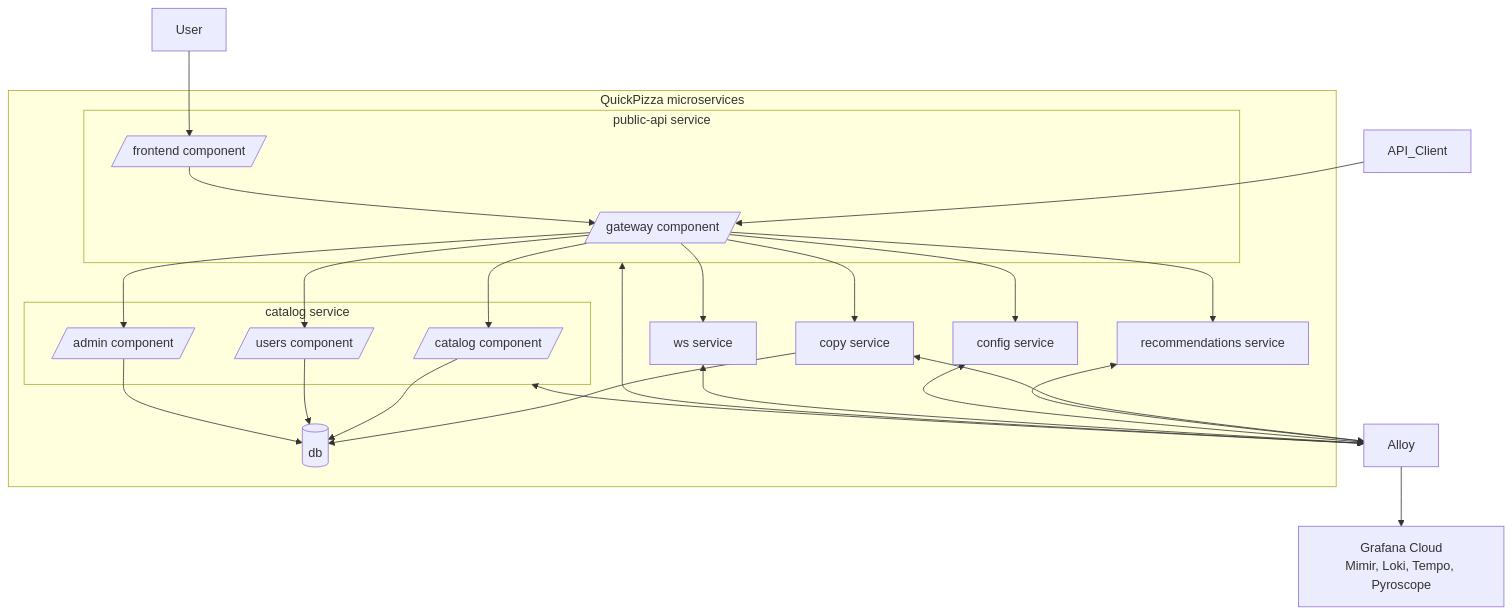
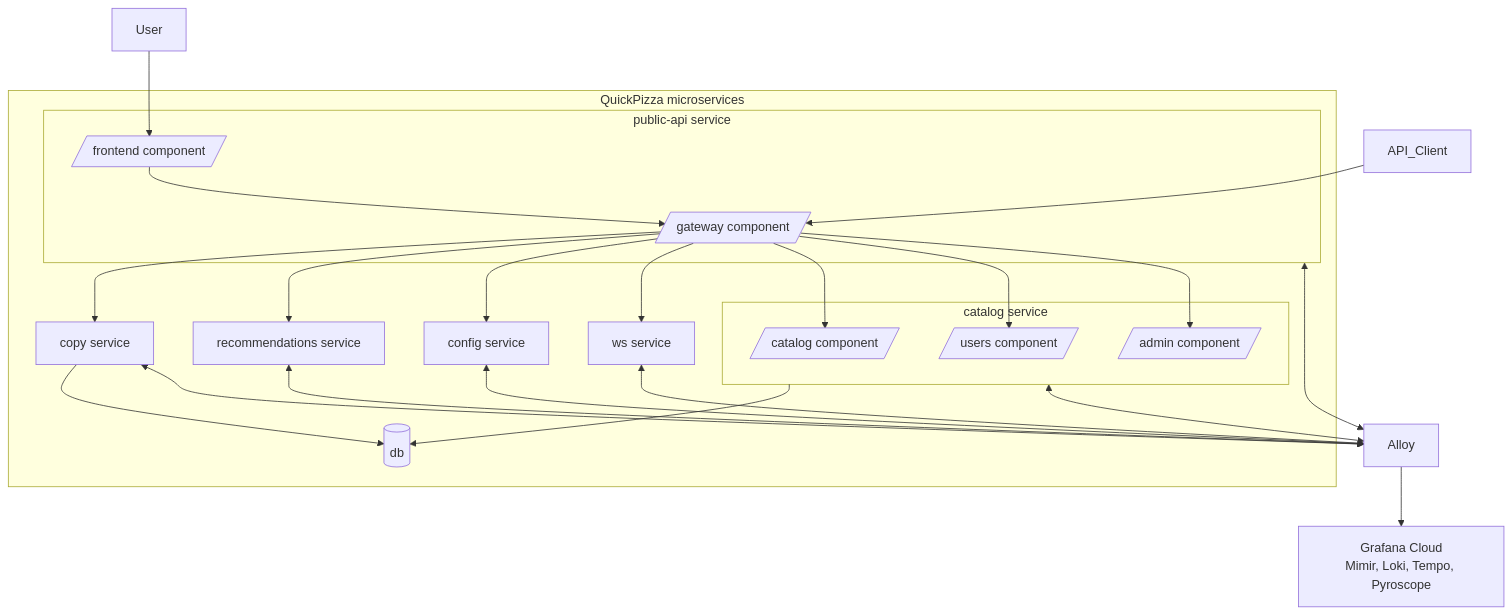
Before and after one commit to grafana/quickpizza: the diagram in README.md, drawn with Mermaid.

Commit message:
Update microservice diagram in README.md

````diff
--- a/README.md
+++ b/README.md
@@ -199,51 +199,48 @@
 ```mermaid
 graph TB
   subgraph "QuickPizza microservices"
     
    subgraph public-api-svc [public-api service]
       API[/gateway component/]
       FR[/frontend component/]
     end
 
     copy-svc[copy service]
     rec-svc[recommendations service]
     cfg-svc[config service]
     ws-svc[ws service]
 
     subgraph catalog-svc [catalog service]
       CA[/catalog component/]
       US[/users component/]
       AD[/admin component/]
     end
     
     DB[(db)]
   end
   GA[Alloy]
   GC[Grafana Cloud<br/>Mimir, Loki, Tempo, Pyroscope]
   
   
   User --> FR
   API_Client --> API
   FR --> API
   API --> copy-svc
   API --> rec-svc
   API --> cfg-svc
   API --> ws-svc
   API --> CA
   API --> US
   API --> AD
 
   copy-svc --> DB
-  CA --> DB
-  US --> DB
-  AD --> DB
-
+  catalog-svc --> DB
   
   public-api-svc <--> GA
   catalog-svc <--> GA
   copy-svc <--> GA
   rec-svc <--> GA
   cfg-svc <--> GA
   ws-svc <--> GA
   GA --> GC
 ```
````
